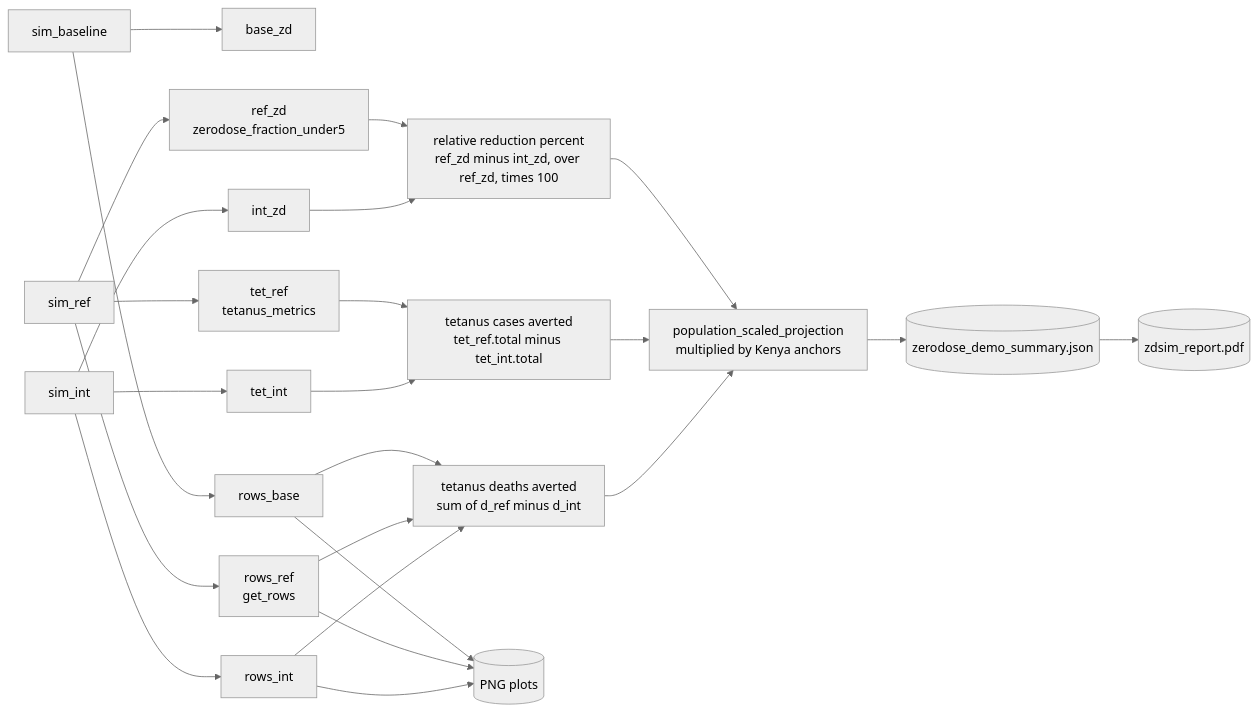
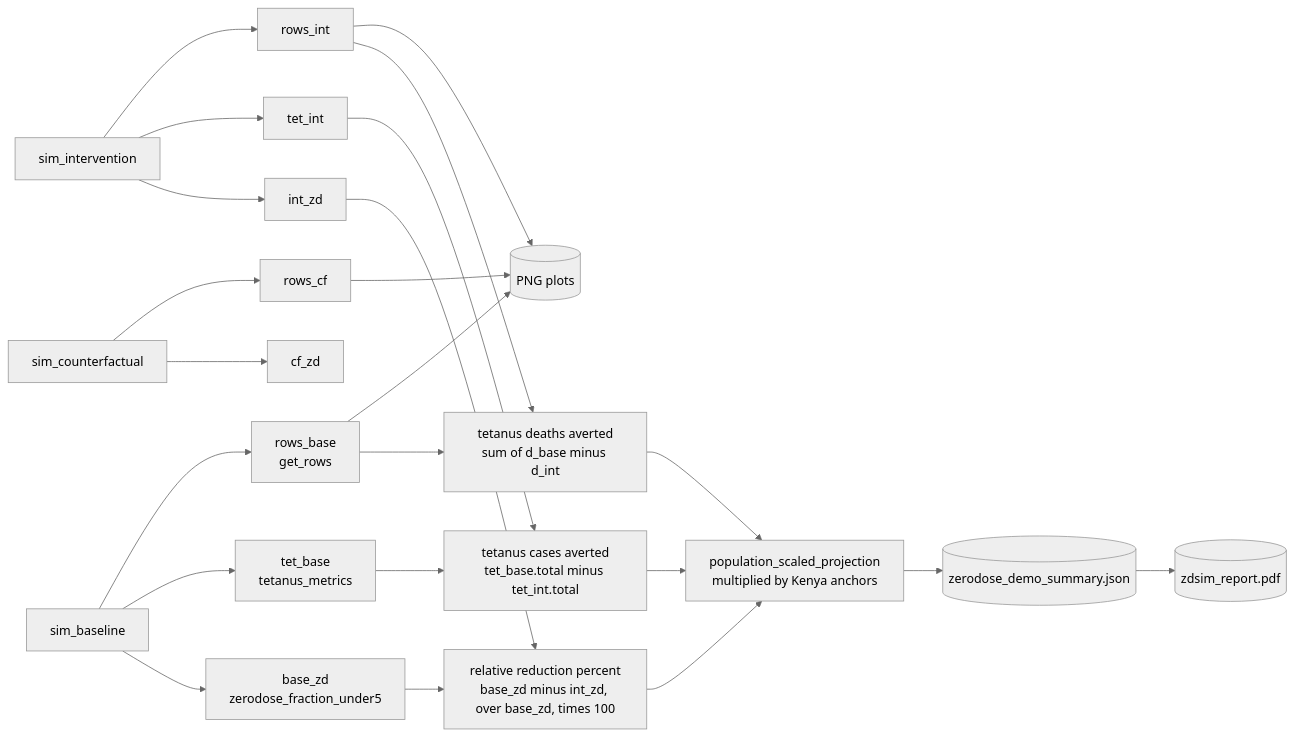
Diagram 12 of 12 in docs/ARCHITECTURE.md (starsimhub/zdsim), drawn with Mermaid (neutral theme) before and after one commit. The commit also changed other lines of this file, not shown here.

Commit message:
updated architecture doc

````diff
--- a/docs/ARCHITECTURE.md
+++ b/docs/ARCHITECTURE.md
@@ -411,21 +424,21 @@
 ```mermaid
 flowchart LR
-    SB["sim_baseline"] --> B1["base_zd"]
-    SR["sim_ref"] --> R1["ref_zd<br/>zerodose_fraction_under5"]
-    SI["sim_int"] --> I1["int_zd"]
-    SR --> R2["tet_ref<br/>tetanus_metrics"]
+    SC["sim_counterfactual"] --> C1["cf_zd"]
+    SB["sim_baseline"] --> B1["base_zd<br/>zerodose_fraction_under5"]
+    SI["sim_intervention"] --> I1["int_zd"]
+    SB --> B2["tet_base<br/>tetanus_metrics"]
     SI --> I2["tet_int"]
-    SB --> B3["rows_base"]
-    SR --> R3["rows_ref<br/>get_rows"]
+    SC --> C3["rows_cf"]
+    SB --> B3["rows_base<br/>get_rows"]
     SI --> I3["rows_int"]
 
-    R1 & I1 --> REL["relative reduction percent<br/>ref_zd minus int_zd, over ref_zd, times 100"]
-    R2 & I2 --> TAV["tetanus cases averted<br/>tet_ref.total minus tet_int.total"]
-    B3 & R3 & I3 --> DEATHS["tetanus deaths averted<br/>sum of d_ref minus d_int"]
+    B1 & I1 --> REL["relative reduction percent<br/>base_zd minus int_zd, over base_zd, times 100"]
+    B2 & I2 --> TAV["tetanus cases averted<br/>tet_base.total minus tet_int.total"]
+    B3 & I3 --> DEATHS["tetanus deaths averted<br/>sum of d_base minus d_int"]
 
     REL & TAV & DEATHS --> SCALED["population_scaled_projection<br/>multiplied by Kenya anchors"]
 
     SCALED --> J[("zerodose_demo_summary.json")]
     J --> PDF[("zdsim_report.pdf")]
-    B3 & R3 & I3 --> PNGS[("PNG plots")]
+    C3 & B3 & I3 --> PNGS[("PNG plots")]
 ```
````
